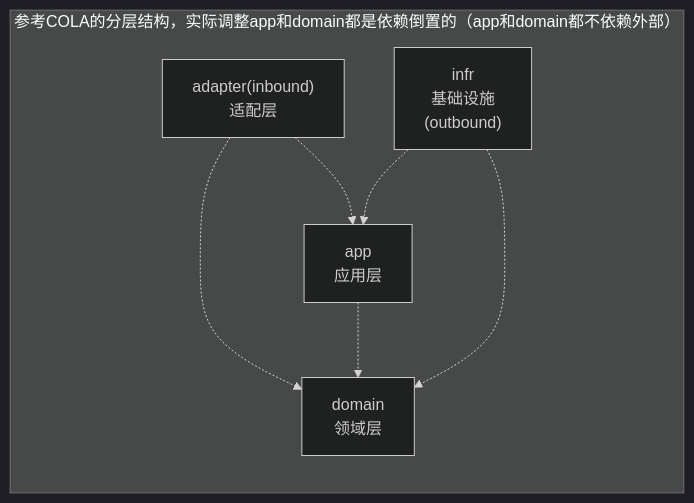
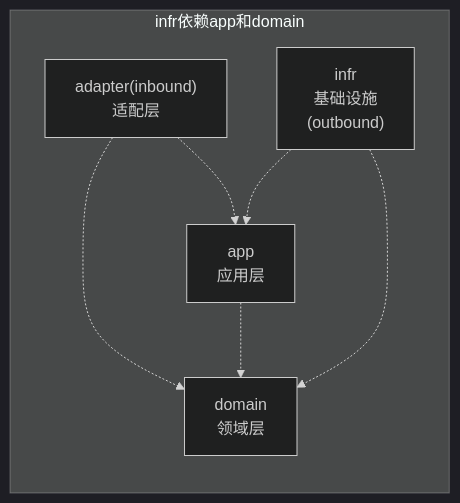
The diagram in readme.md (xianyu-dama/demo), drawn with Mermaid (dark theme) before and after one commit.

````diff
--- a/readme.md
+++ b/readme.md
@@ -51,23 +51,23 @@
 ```mermaid
 flowchart TB
 
     %% 图例
-    subgraph Legend [参考COLA的分层结构，实际调整app和domain都是依赖倒置的（app和domain都不依赖外部）]
+    subgraph Legend [infr依赖app和domain]
         direction TB
 
     %% 节点定义
     InboundAdapter["adapter(inbound)<br/>适配层"]
     APP_LAYER["app<br/>应用层"]
     DOMAIN_LAYER["domain<br/>领域层"]
     INFRA_LAYER["infr<br/>基础设施<br/>(outbound)"]
 
 
     %% 依赖倒置（虚线）
     InboundAdapter -.-> APP_LAYER
     InboundAdapter -.-> DOMAIN_LAYER
     APP_LAYER -.-> DOMAIN_LAYER
     INFRA_LAYER -.-> APP_LAYER
     INFRA_LAYER -.-> DOMAIN_LAYER
 
     end
 ```
````
